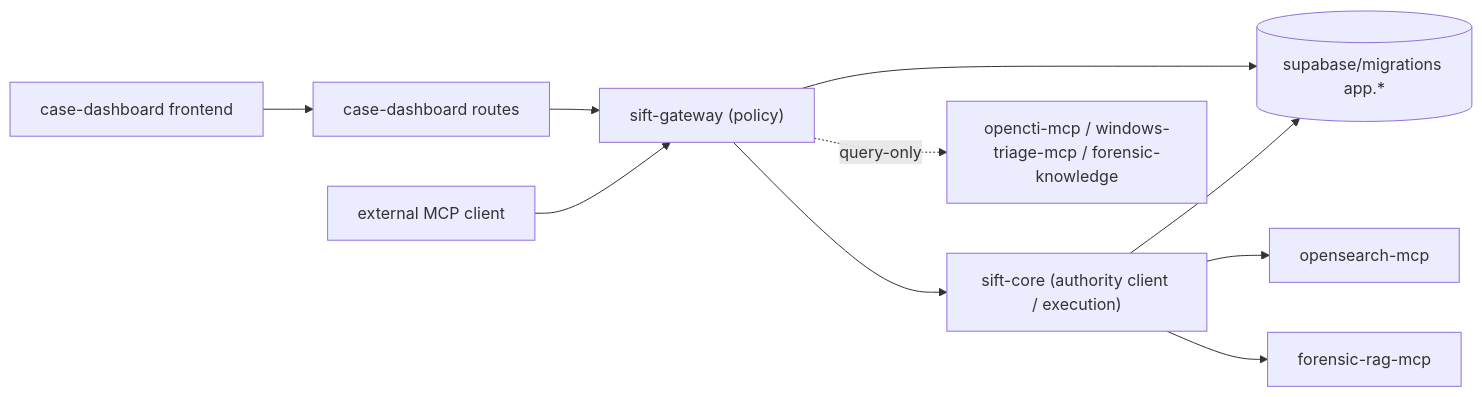
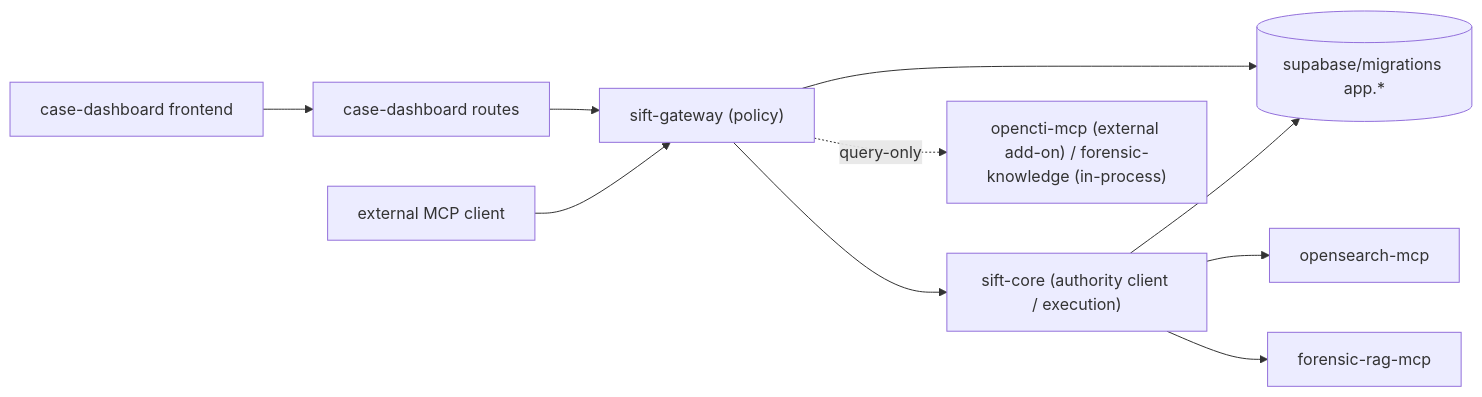
The diagram in docs/regenerate/code-structure.md (xyehya/sift-mcps), drawn with Mermaid before and after one commit. The commit also changed other lines of this file and 14 other files, not shown here.

````diff
--- a/docs/regenerate/code-structure.md
+++ b/docs/regenerate/code-structure.md
@@ -116,12 +125,12 @@
 ```mermaid
 flowchart LR
   FE["case-dashboard frontend"] --> CD["case-dashboard routes"]
   CD --> GW["sift-gateway (policy)"]
   AGENT["external MCP client"] --> GW
   GW --> CORE["sift-core (authority client / execution)"]
   GW --> PG[("supabase/migrations app.*")]
   CORE --> PG
   CORE --> OS["opensearch-mcp"]
   CORE --> RAG["forensic-rag-mcp"]
-  GW -. query-only .-> ADDONS["opencti-mcp / windows-triage-mcp / forensic-knowledge"]
+  GW -. query-only .-> ADDONS["opencti-mcp (external add-on) / forensic-knowledge (in-process)"]
 ```
````
